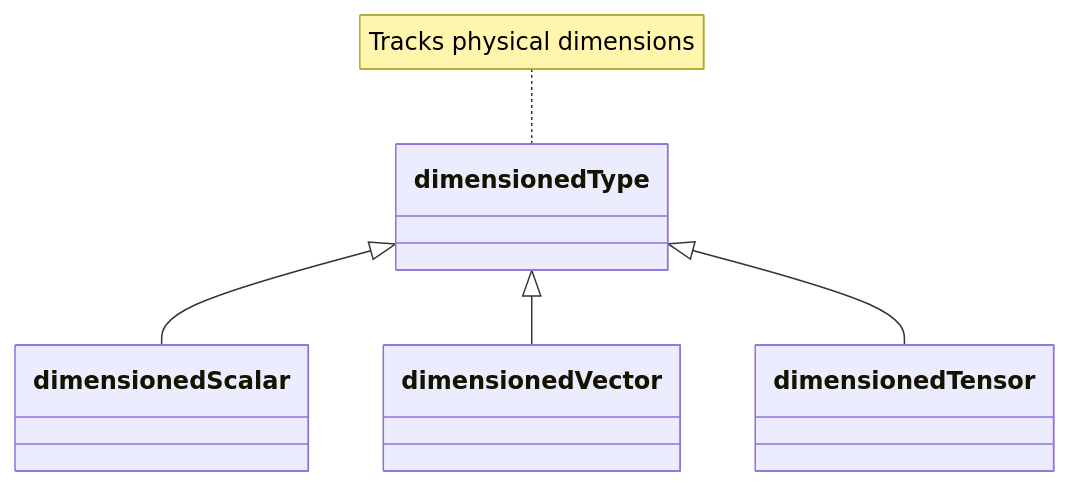
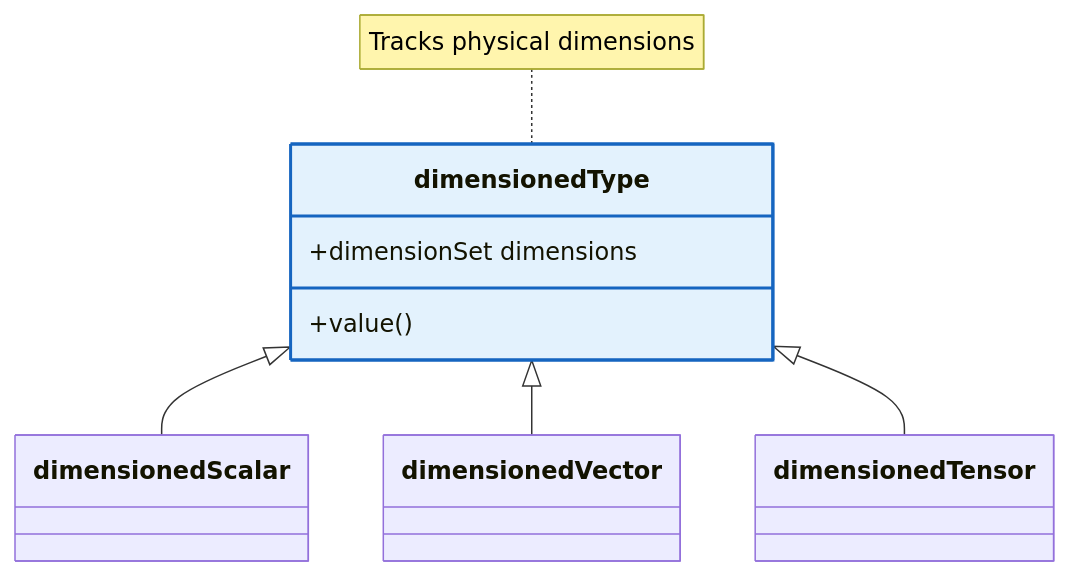
One commit to wramet/build-my-cfd changed the third of 3 diagrams in MODULE_05_OPENFOAM_PROGRAMMING/CONTENT/01_FOUNDATION_PRIMITIVES/03_Dimensioned_Types_Intro.md. Above: the diagram before and after it, drawn with Mermaid. The commit also changed other lines of this file and 313 other files, not shown here.

Commit message:
Revise all diagram

````diff
--- a/MODULE_05_OPENFOAM_PROGRAMMING/CONTENT/01_FOUNDATION_PRIMITIVES/03_Dimensioned_Types_Intro.md
+++ b/MODULE_05_OPENFOAM_PROGRAMMING/CONTENT/01_FOUNDATION_PRIMITIVES/03_Dimensioned_Types_Intro.md
@@ -149,8 +158,12 @@
 ```mermaid
 classDiagram
-    dimensionedType <|-- dimensionedScalar
-    dimensionedType <|-- dimensionedVector
-    dimensionedType <|-- dimensionedTensor
-
-    note for dimensionedType "Tracks physical dimensions"
+class dimensionedType {
+    +dimensionSet dimensions
+    +value()
+}
+dimensionedType <|-- dimensionedScalar
+dimensionedType <|-- dimensionedVector
+dimensionedType <|-- dimensionedTensor
+note for dimensionedType "Tracks physical dimensions"
+style dimensionedType fill:#e3f2fd,stroke:#1565c0,stroke-width:2px
 ```
````
